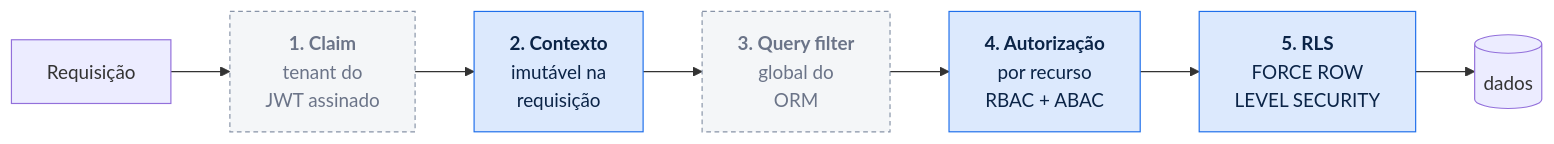
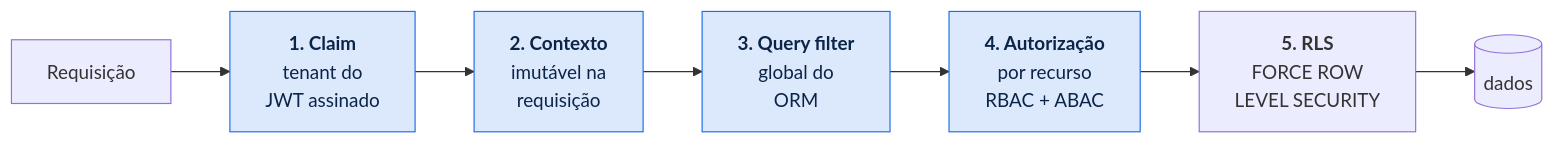
Before and after one commit to volksec/0009098: the fourth of 4 diagrams in README.md, drawn with Mermaid. The commit also changed other lines of this file and 18 other files, not shown here.

````diff
--- a/README.md
+++ b/README.md
@@ -846,13 +847,11 @@
 ```mermaid
 graph LR
     R["Requisição"] --> L1 --> L2 --> L3 --> L4 --> L5 --> DB[(dados)]
     L1["<b>1. Claim</b><br/>tenant do<br/>JWT assinado"]
     L2["<b>2. Contexto</b><br/>imutável na<br/>requisição"]
     L3["<b>3. Query filter</b><br/>global do<br/>ORM"]
     L4["<b>4. Autorização</b><br/>por recurso<br/>RBAC + ABAC"]
     L5["<b>5. RLS</b><br/>FORCE ROW<br/>LEVEL SECURITY"]
     classDef ativa fill:#DCE9FD,stroke:#1F6FEB,color:#0B2447
-    classDef dormente fill:#F4F6F8,stroke:#8894A8,color:#6B7488,stroke-dasharray:4 3
-    class L2,L4,L5 ativa
-    class L1,L3 dormente
+    class L1,L2,L3,L4 ativa
 ```
````
